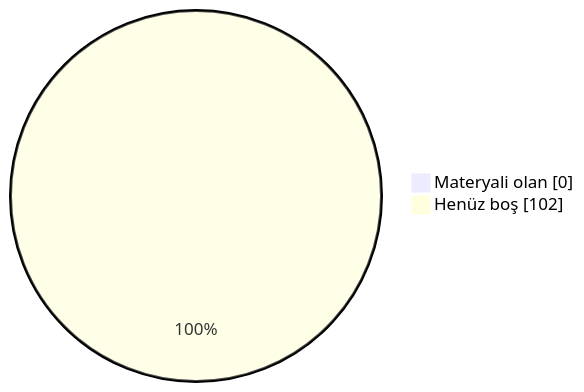
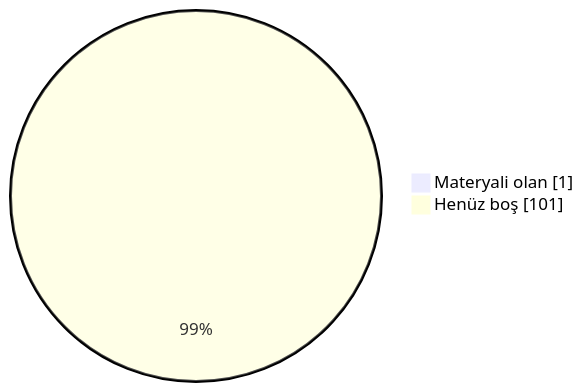
One commit to MarmaraArsiv/tek_siber changed the diagram in README.md. Above: the diagram before and after it, drawn with Mermaid. The commit also changed other lines of this file and 1 other file, not shown here.

````diff
--- a/README.md
+++ b/README.md
@@ -108,5 +108,5 @@
 ```mermaid
 pie showData
-  "Materyali olan" : 0
-  "Henüz boş" : 102
+  "Materyali olan" : 1
+  "Henüz boş" : 101
 ```
````
